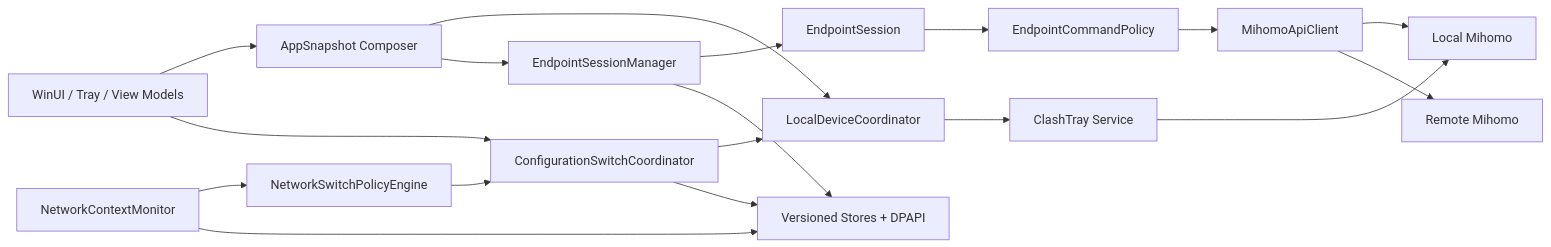
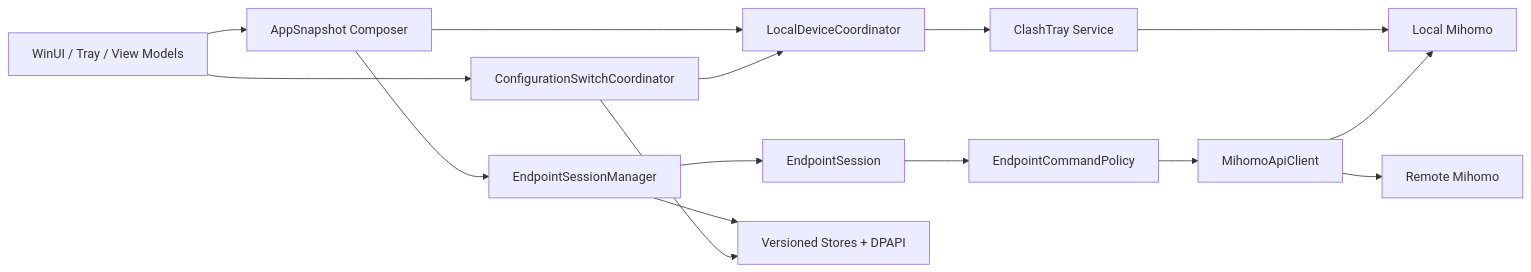
Before and after one commit to arukas/ClashTray: the first of 3 diagrams in docs/0.3.0/technical-design.md, drawn with Mermaid. The commit also changed other lines of this file and 7 other files, not shown here.

```diff
--- a/docs/0.3.0/technical-design.md
+++ b/docs/0.3.0/technical-design.md
@@ -47,35 +49,30 @@
 ~~~mermaid
 flowchart LR
     UI[WinUI / Tray / View Models]
     APP[AppSnapshot Composer]
     LOCAL[LocalDeviceCoordinator]
     SWITCH[ConfigurationSwitchCoordinator]
-    NET[NetworkContextMonitor]
-    POLICY[NetworkSwitchPolicyEngine]
     ESM[EndpointSessionManager]
     SESSION[EndpointSession]
     CAP[EndpointCommandPolicy]
     API[MihomoApiClient]
     SERVICE[ClashTray Service]
     CORE[Local Mihomo]
     REMOTE[Remote Mihomo]
     STORE[Versioned Stores + DPAPI]
 
     UI --> APP
     APP --> LOCAL
     APP --> ESM
-    NET --> POLICY
-    POLICY --> SWITCH
     UI --> SWITCH
     SWITCH --> LOCAL
     LOCAL --> SERVICE
     SERVICE --> CORE
     ESM --> SESSION
     SESSION --> CAP
     CAP --> API
     API --> CORE
     API --> REMOTE
-    NET --> STORE
     ESM --> STORE
     SWITCH --> STORE
 ~~~
```
